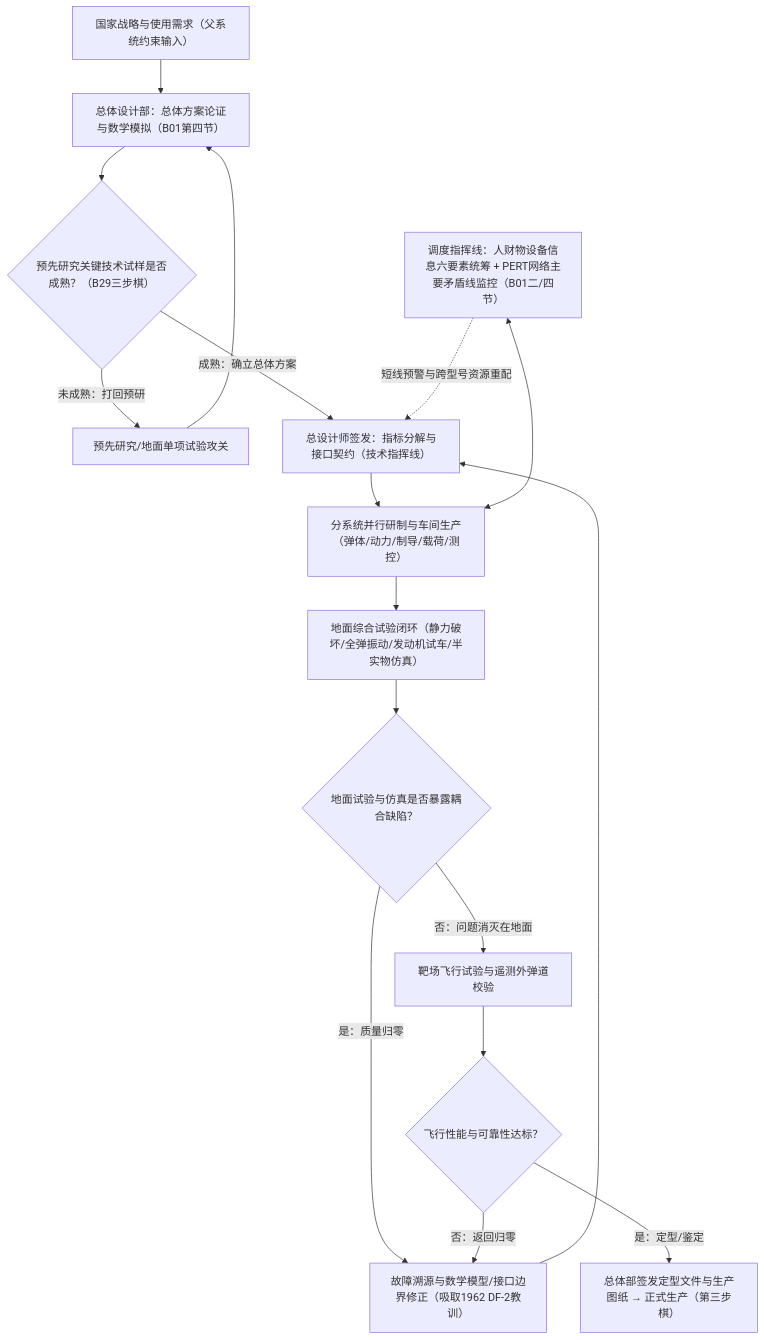
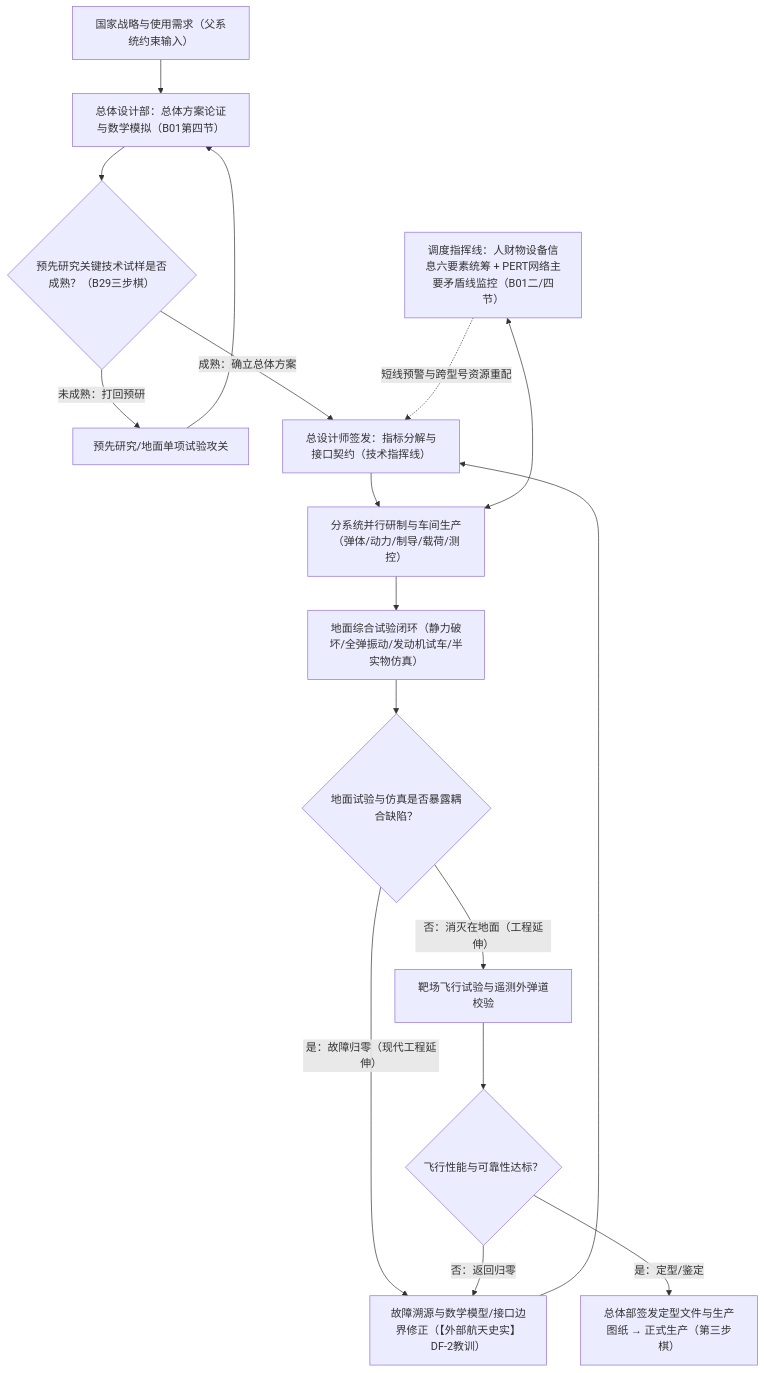
The diagram in 04_实例融合_总体设计部与系统工程经典实战案例/01_航天总体设计部与两条指挥线的工程闭环实例.md (wole278/Research-on-Systems-Engineering-by-Qian-Xuesen), drawn with Mermaid before and after one commit. The commit also changed other lines of this file and 15 other files, not shown here.

````diff
--- a/04_实例融合_总体设计部与系统工程经典实战案例/01_航天总体设计部与两条指挥线的工程闭环实例.md
+++ b/04_实例融合_总体设计部与系统工程经典实战案例/01_航天总体设计部与两条指挥线的工程闭环实例.md
@@ -79,21 +79,21 @@
 ```mermaid
 flowchart TD
     A["国家战略与使用需求（父系统约束输入）"] --> B["总体设计部：总体方案论证与数学模拟（B01第四节）"]
     B --> C{"预先研究关键技术试样是否成熟？（B29三步棋）"}
     C -- "未成熟：打回预研" --> D["预先研究/地面单项试验攻关"]
     D --> B
     C -- "成熟：确立总体方案" --> E["总设计师签发：指标分解与接口契约（技术指挥线）"]
 
     E --> F["分系统并行研制与车间生产（弹体/动力/制导/载荷/测控）"]
     G["调度指挥线：人财物设备信息六要素统筹 + PERT网络主要矛盾线监控（B01二/四节）"] <--> F
     G -. "短线预警与跨型号资源重配" .-> E
 
     F --> H["地面综合试验闭环（静力破坏/全弹振动/发动机试车/半实物仿真）"]
     H --> I{"地面试验与仿真是否暴露耦合缺陷？"}
-    I -- "是：质量归零" --> J["故障溯源与数学模型/接口边界修正（吸取1962 DF-2教训）"]
+    I -- "是：故障归零（现代工程延伸）" --> J["故障溯源与数学模型/接口边界修正（【外部航天史实】DF-2教训）"]
     J --> E
-    I -- "否：问题消灭在地面" --> K["靶场飞行试验与遥测外弹道校验"]
+    I -- "否：消灭在地面（工程延伸）" --> K["靶场飞行试验与遥测外弹道校验"]
     K --> L{"飞行性能与可靠性达标？"}
     L -- "否：返回归零" --> J
     L -- "是：定型/鉴定" --> M["总体部签发定型文件与生产图纸 → 正式生产（第三步棋）"]
 ```
````
